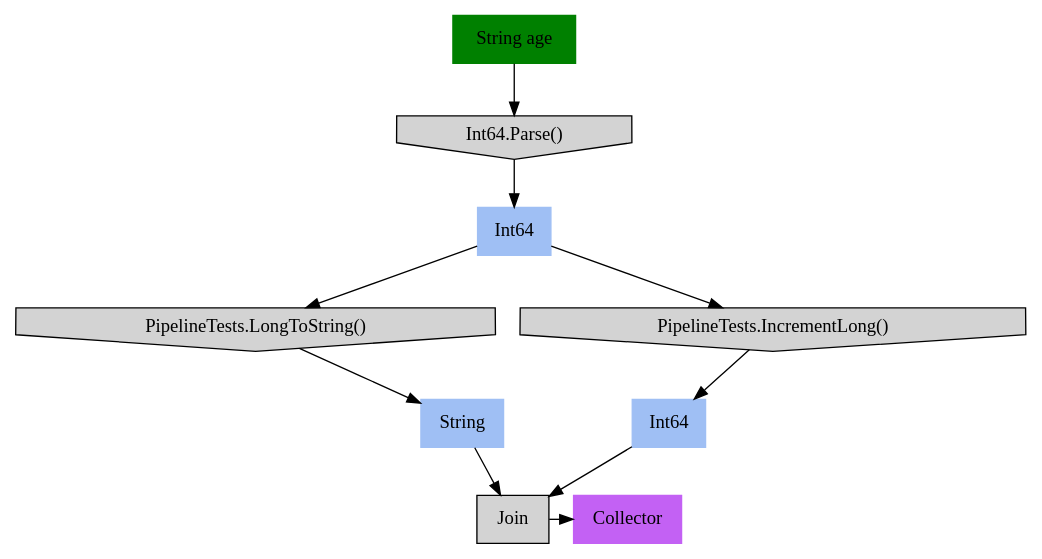
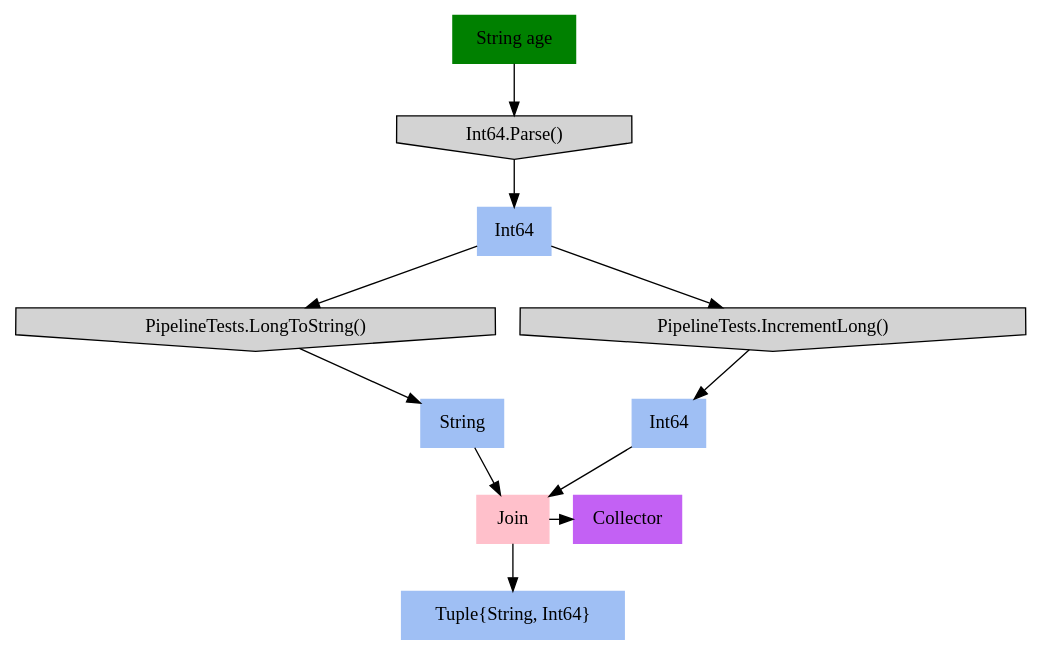
Before and after one commit to refactoring-pipelines/Pipelines: the diagram in Pipelines.Test/PipelineTests.SplitAndJoin.approved.dot, drawn with Graphviz. The commit also changed 6 other files, not shown here.

```diff
--- a/Pipelines.Test/PipelineTests.SplitAndJoin.approved.dot
+++ b/Pipelines.Test/PipelineTests.SplitAndJoin.approved.dot
@@ -1,24 +1,25 @@
 digraph G { node [style=filled, shape=rec]
 
 # Nodes
 "String age" -> "Int64.Parse()" -> "Int64"
 "Int64" -> "PipelineTests.LongToString()" -> "String"
+{"String", "Int64 1"} -> "Join" -> {"Tuple{String, Int64}", "Collector"}
 "Int64" -> "PipelineTests.IncrementLong()" -> "Int64 1"
-{ "String", "Int64 1" } -> "Join" -> "Collector"
+
 
 # Formatting
 "String age" [color=green]
 "Int64" [color="#9fbff4"]
 "Int64.Parse()" [shape=invhouse]
 "String" [color="#9fbff4"]
 "PipelineTests.LongToString()" [shape=invhouse]
-"Collector" [label=Collector, color = "#c361f4"]
+"Tuple{String, Int64}" [color="#9fbff4"]
+"Join" [color=pink]
+"Collector" [color = "#c361f4"]
 "Int64 1" [label="Int64", color="#9fbff4"]
 "PipelineTests.IncrementLong()" [shape=invhouse]
-"Collector" [label=Collector, color = "#c361f4"]
 
-{ rank=same; "Join", "Collector"}
 { rank=same; "Join", "Collector"}
 
 
 }
```
